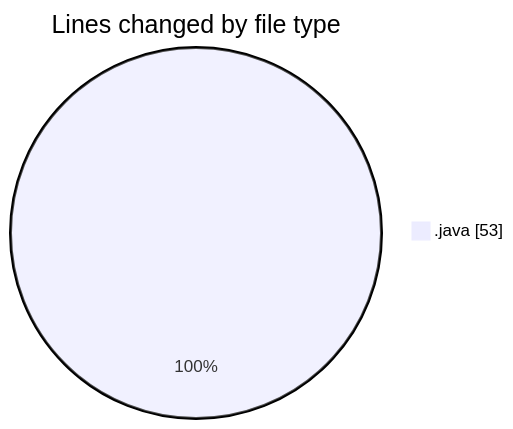
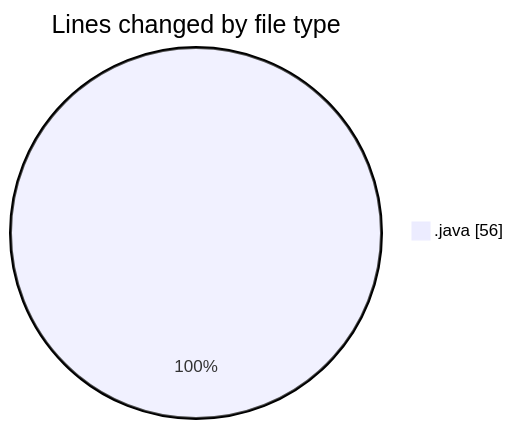
Before and after one commit to NitaiMahat/code-tracking: the first of 2 diagrams in 2025-02-08/optional_codings/README.md, drawn with Mermaid. The commit also changed other lines of this file and 1 other file, not shown here.

````diff
--- a/2025-02-08/optional_codings/README.md
+++ b/2025-02-08/optional_codings/README.md
@@ -21,5 +21,5 @@
 ```mermaid
 pie showData
 title Lines changed by file type
-".java" : 53
+".java" : 56
 ```
````
